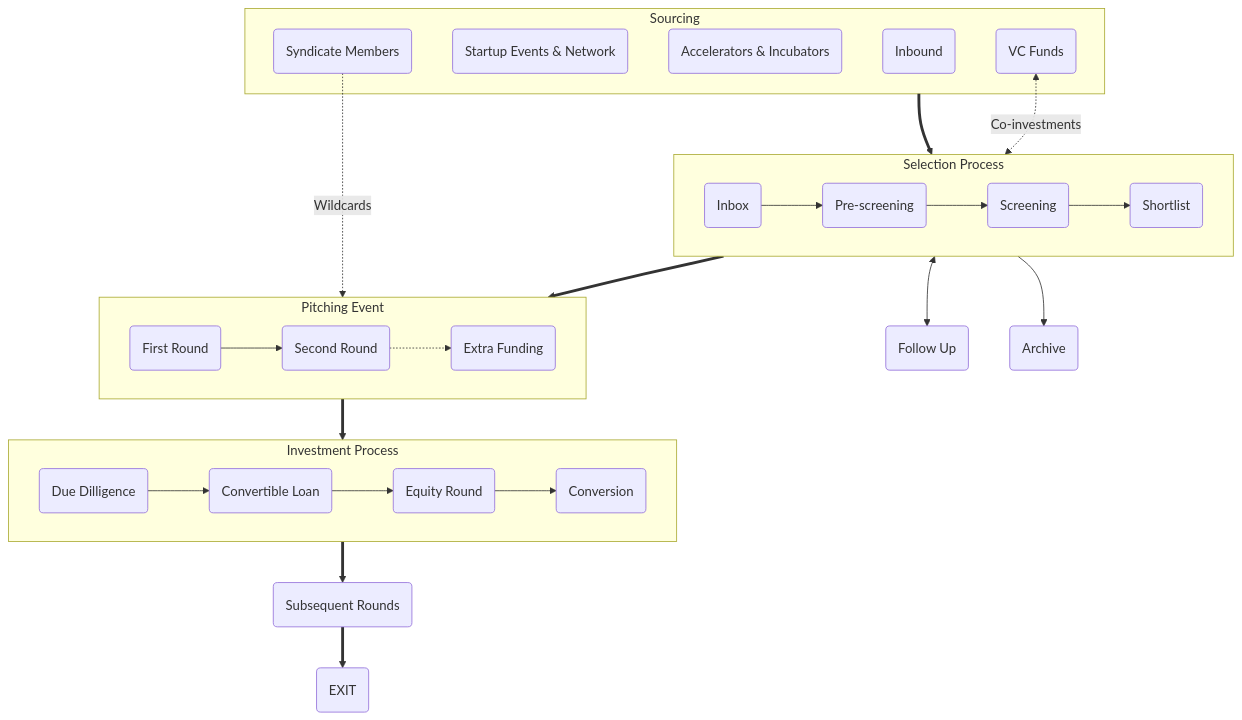
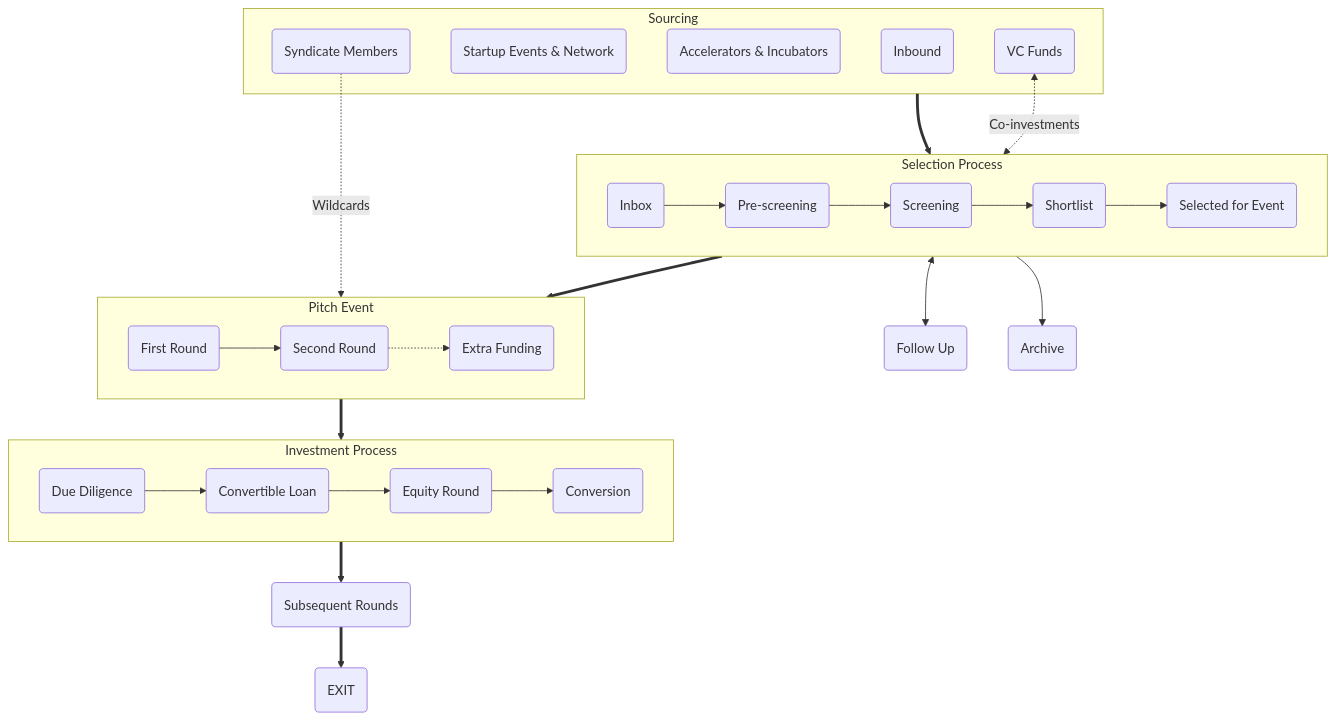
The diagram in content/english/resources/knowledge-base/how-we-invest.md (kdsp-net/gluon-web), drawn with Mermaid before and after one commit. The commit also changed other lines of this file and 2 other files, not shown here.

```diff
--- a/content/english/resources/knowledge-base/how-we-invest.md
+++ b/content/english/resources/knowledge-base/how-we-invest.md
@@ -14,6 +17,7 @@
 inbox("Inbox")
 prescreening("Pre-screening")
 screening("Screening")
+selectedForEvent("Selected for Event")
 shortlist("Shortlist")
 vc("VC Funds")
 followup("Follow Up")
@@ -21,20 +25,32 @@
 firstRound("First Round")
 secondRound("Second Round")
 extraFunding("Extra Funding")
-dueDilligence("Due Dilligence")
+dueDiligence("Due Diligence")
 cla("Convertible Loan")
 qualifiedRound("Equity Round")
 conversion("Conversion")
 subsequentRounds("Subsequent Rounds")
 exit("EXIT") 
 
+click members href "#syndicate-members"
+click events href "#startup-events--network"
+click accelerators href "#accelerators--incubators"
+click inbound href "#inbound"
+click vc href "#vc-funds"
 click inbox href "#inbox"
 click prescreening href "#pre-screening"
 click screening href "#screening"
 click shortlist href "#shortlist"
+click selectedForEvent href "#selected-for-event"
 click firstRound href "#first-round"
 click secondRound href "#second-round"
 click extraFunding href "#extra-funding"
+click dueDiligence href "#due-diligence-dd"
+click cla href "#convertible-loan"
+click qualifiedRound href "#equity-round"
+click conversion href "#Conversion"
+click subsequentRounds href "#subsequent-rounds"
+click exit href "#exit"
 
 subgraph sourcing ["Sourcing"]
   inbound
@@ -52,6 +68,7 @@
   inbox --> prescreening
   prescreening --> screening
   screening --> shortlist
+  shortlist --> selectedForEvent
 end 
 
 selection <--> followup
@@ -60,7 +77,7 @@
 
 members -. "Wildcards" .-> event  
 
-subgraph event ["Pitching Event"]
+subgraph event ["Pitch Event"]
   direction LR
   firstRound --> secondRound
   secondRound .-> extraFunding
@@ -70,7 +87,7 @@
 
 subgraph investment ["Investment Process"]
   direction LR
-  dueDilligence --> cla
+  dueDiligence --> cla
   cla --> qualifiedRound
   qualifiedRound --> conversion
 end
```
